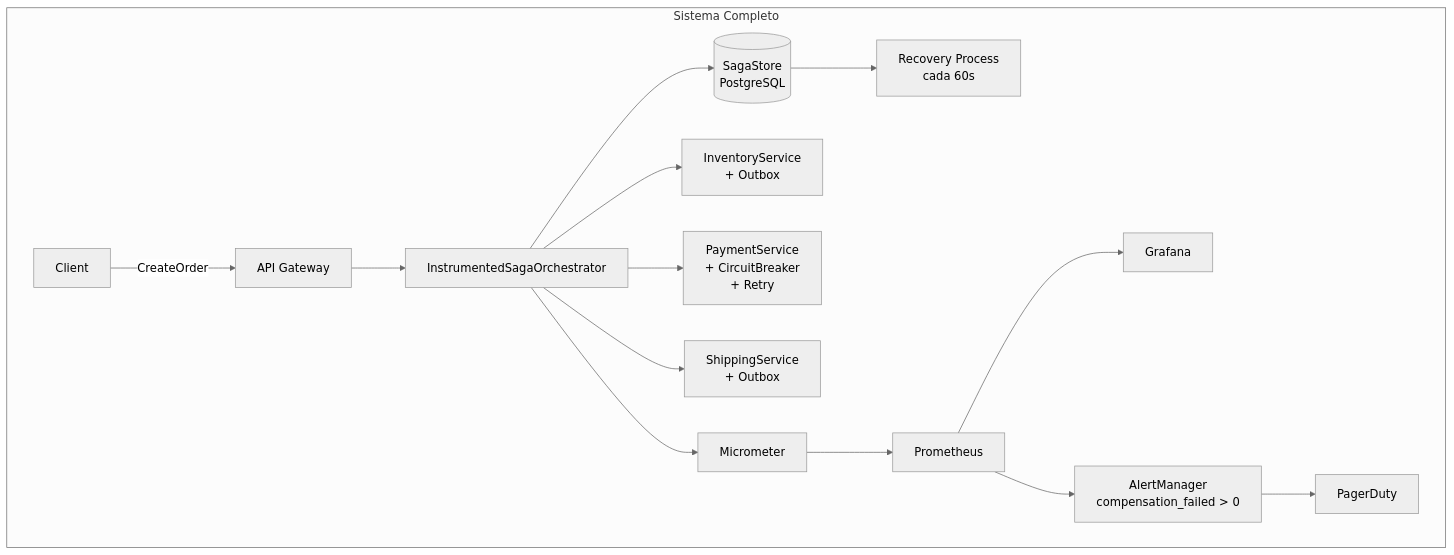
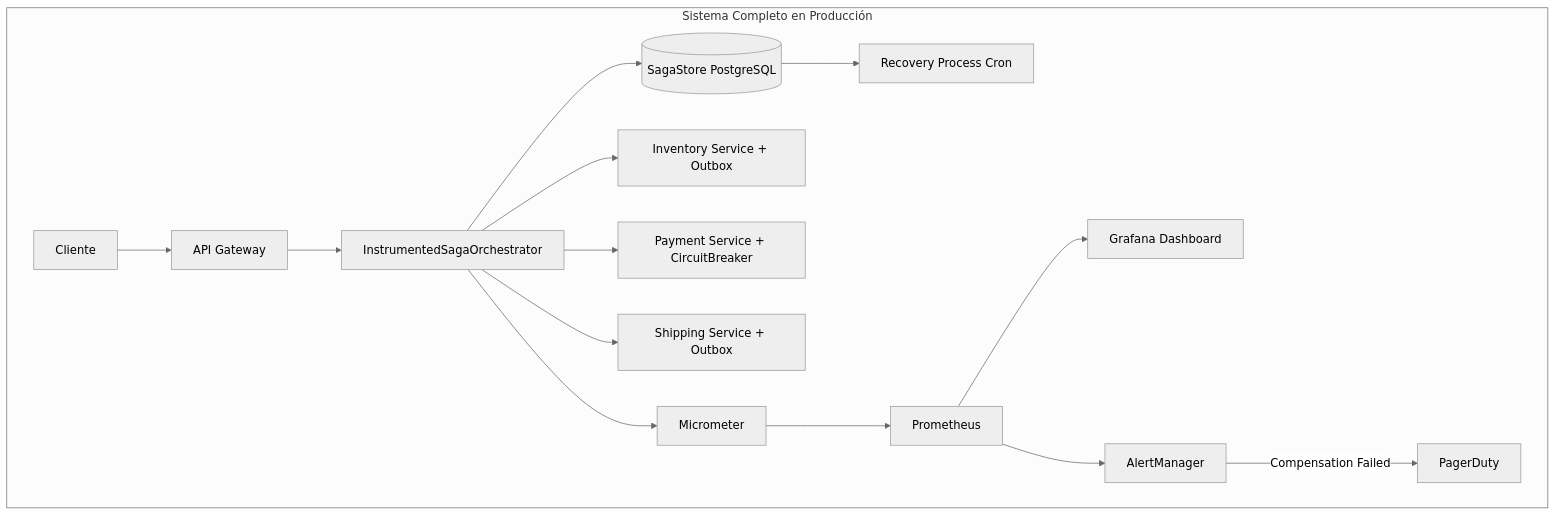
Before and after one commit to Joaquinriosheredia/DAM-Java-Mastery: the third of 3 diagrams in 02_Arquitectura/saga_pattern_orquestacion_vs_coreografia_con_java_21_STAFF.md, drawn with Mermaid (neutral theme). The commit also changed other lines of this file, not shown here.

Commit message:
saga_pattern_orquestacion_vs_coreografia_con_java_21_STAFF.md

````diff
--- a/02_Arquitectura/saga_pattern_orquestacion_vs_coreografia_con_java_21_STAFF.md
+++ b/02_Arquitectura/saga_pattern_orquestacion_vs_coreografia_con_java_21_STAFF.md
@@ -784,17 +504,18 @@
 ```mermaid
 graph TD
-    subgraph "Sistema Completo"
-        CLIENT[Client] -->|CreateOrder| API[API Gateway]
+    subgraph "Sistema Completo en Producción"
+        CLIENT[Cliente] --> API[API Gateway]
         API --> ORCH[InstrumentedSagaOrchestrator]
-        ORCH --> STORE[(SagaStore\nPostgreSQL)]
-        ORCH --> INV[InventoryService\n+ Outbox]
-        ORCH --> PAY[PaymentService\n+ CircuitBreaker\n+ Retry]
-        ORCH --> SHIP[ShippingService\n+ Outbox]
-        STORE --> RECOVERY[Recovery Process\ncada 60s]
+        ORCH --> STORE[(SagaStore PostgreSQL)]
+        ORCH --> INV[Inventory Service + Outbox]
+        ORCH --> PAY[Payment Service + CircuitBreaker]
+        ORCH --> SHIP[Shipping Service + Outbox]
+        
+        STORE --> RECOVERY[Recovery Process Cron]
         ORCH --> METRICS[Micrometer]
-        METRICS --> PROMETHEUS[Prometheus]
-        PROMETHEUS --> GRAFANA[Grafana]
-        PROMETHEUS --> ALERT[AlertManager\ncompensation_failed > 0]
-        ALERT --> PAGER[PagerDuty]
+        METRICS --> PROM[Prometheus]
+        PROM --> GRAF[Grafana Dashboard]
+        PROM --> ALERT[AlertManager]
+        ALERT -->|Compensation Failed| PAGER[PagerDuty]
     end
 ```
````
